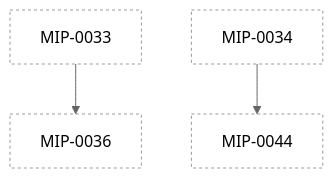
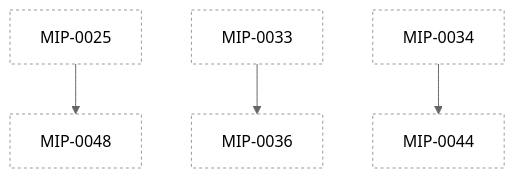
One commit to h0ffmann/marola changed the diagram in docs/mips/README.md. Above: the diagram before and after it, drawn with Mermaid (neutral theme). The commit also changed other lines of this file and 3 other files, not shown here.

First line of the commit message:
MIP-0048 (Draft): scaling marola-sea (#278)

````diff
--- a/docs/mips/README.md
+++ b/docs/mips/README.md
@@ -68,13 +69,16 @@
 ```mermaid
 flowchart TD
   classDef draft fill:#fff,stroke:#999,stroke-dasharray:3 3;
   classDef accepted fill:#eef,stroke:#36c;
   classDef implemented fill:#efe,stroke:#2a2;
   classDef rejected fill:#f8f8f8,stroke:#bbb,color:#999;
+  M0025["MIP-0025"]:::draft
   M0033["MIP-0033"]:::draft
   M0034["MIP-0034"]:::draft
   M0036["MIP-0036"]:::draft
   M0044["MIP-0044"]:::draft
+  M0048["MIP-0048"]:::draft
+  M0025 --> M0048
   M0033 --> M0036
   M0034 --> M0044
 ```
````
